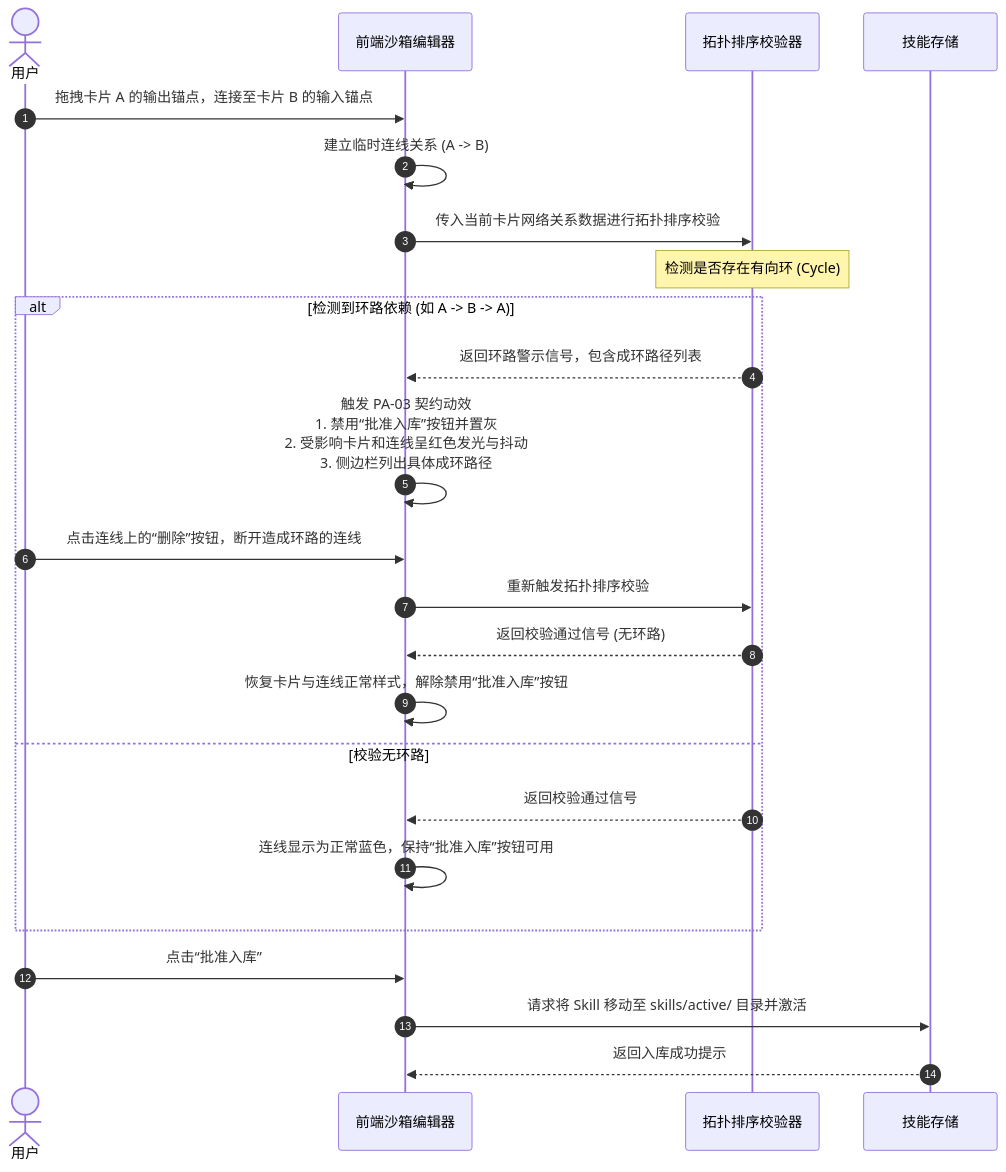
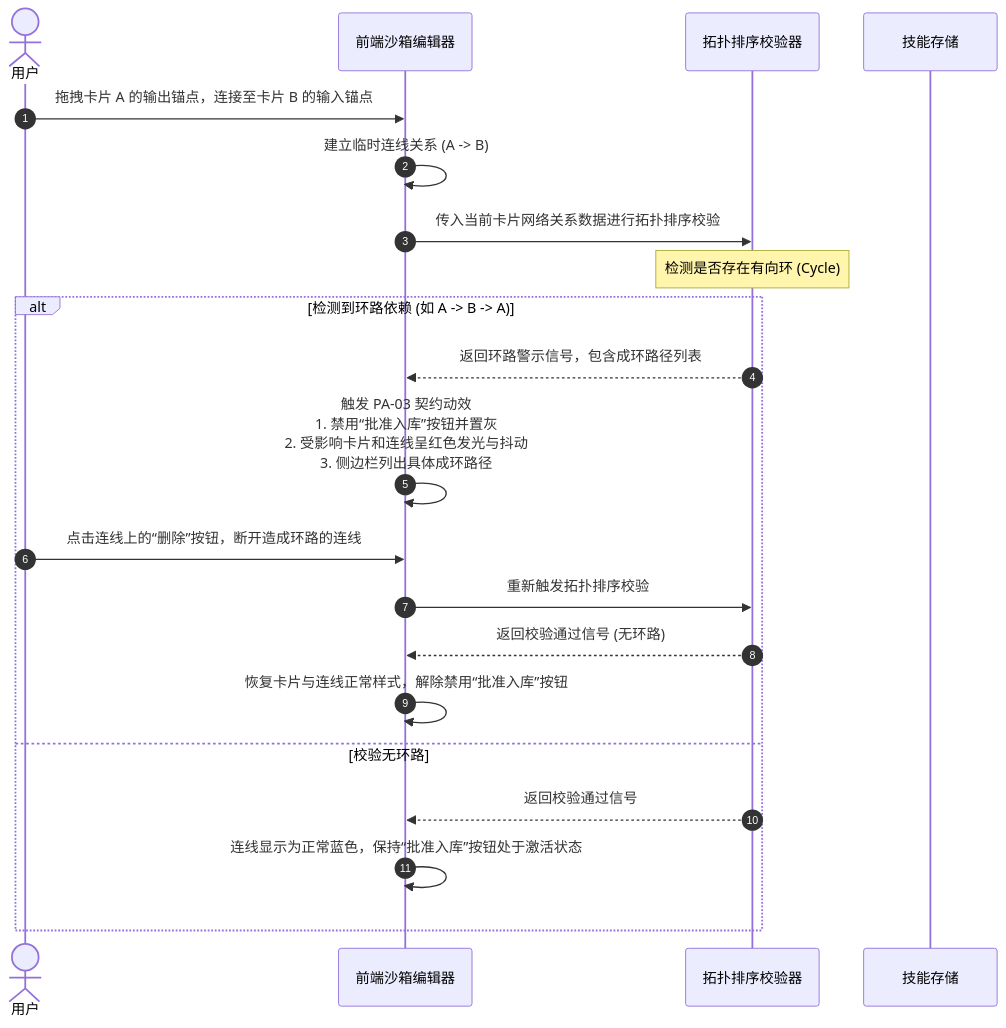
One commit to shanglihong/i-have-a-plan changed the eighth of 8 diagrams in docs/04_interaction_design/flow_state_spec-v1.0.md. Above: the diagram before and after it, drawn with Mermaid. The commit also changed other lines of this file, not shown here.

Commit message:
docs: update flow state specification to version 1.0

````diff
--- a/docs/04_interaction_design/flow_state_spec-v1.0.md
+++ b/docs/04_interaction_design/flow_state_spec-v1.0.md
@@ -202,29 +222,25 @@
 ```mermaid
 sequenceDiagram
     autonumber
     actor User as 用户
     participant FE as 前端沙箱编辑器
     participant Algo as 拓扑排序校验器
     participant Disk as 技能存储
 
     User->>FE: 拖拽卡片 A 的输出锚点，连接至卡片 B 的输入锚点
     FE->>FE: 建立临时连线关系 (A -> B)
     FE->>Algo: 传入当前卡片网络关系数据进行拓扑排序校验
     Note over Algo: 检测是否存在有向环 (Cycle)
     
     alt 检测到环路依赖 (如 A -> B -> A)
         Algo-->>FE: 返回环路警示信号，包含成环路径列表
         FE->>FE: 触发 PA-03 契约动效<br>1. 禁用“批准入库”按钮并置灰<br>2. 受影响卡片和连线呈红色发光与抖动<br>3. 侧边栏列出具体成环路径
         User->>FE: 点击连线上的“删除”按钮，断开造成环路的连线
         FE->>Algo: 重新触发拓扑排序校验
         Algo-->>FE: 返回校验通过信号 (无环路)
         FE->>FE: 恢复卡片与连线正常样式，解除禁用“批准入库”按钮
     else 校验无环路
         Algo-->>FE: 返回校验通过信号
-        FE->>FE: 连线显示为正常蓝色，保持“批准入库”按钮可用
+        FE->>FE: 连线显示为正常蓝色，保持“批准入库”按钮处于激活状态
     end
-
-    User->>FE: 点击“批准入库”
-    FE->>Disk: 请求将 Skill 移动至 skills/active/ 目录并激活
-    Disk-->>FE: 返回入库成功提示
 ```
````
